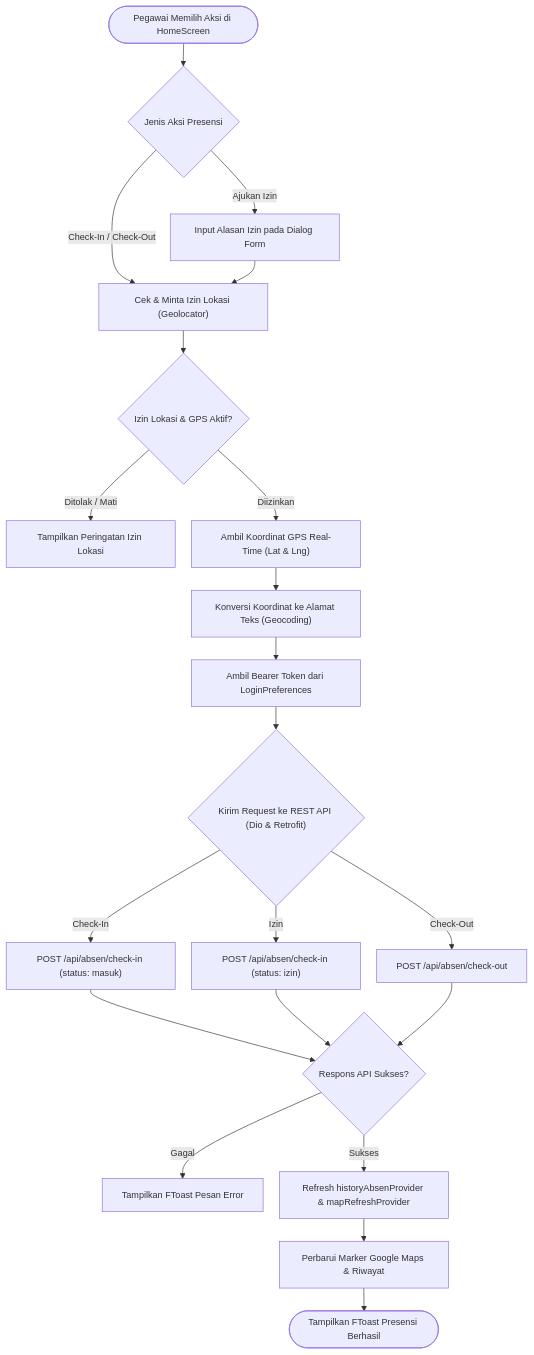
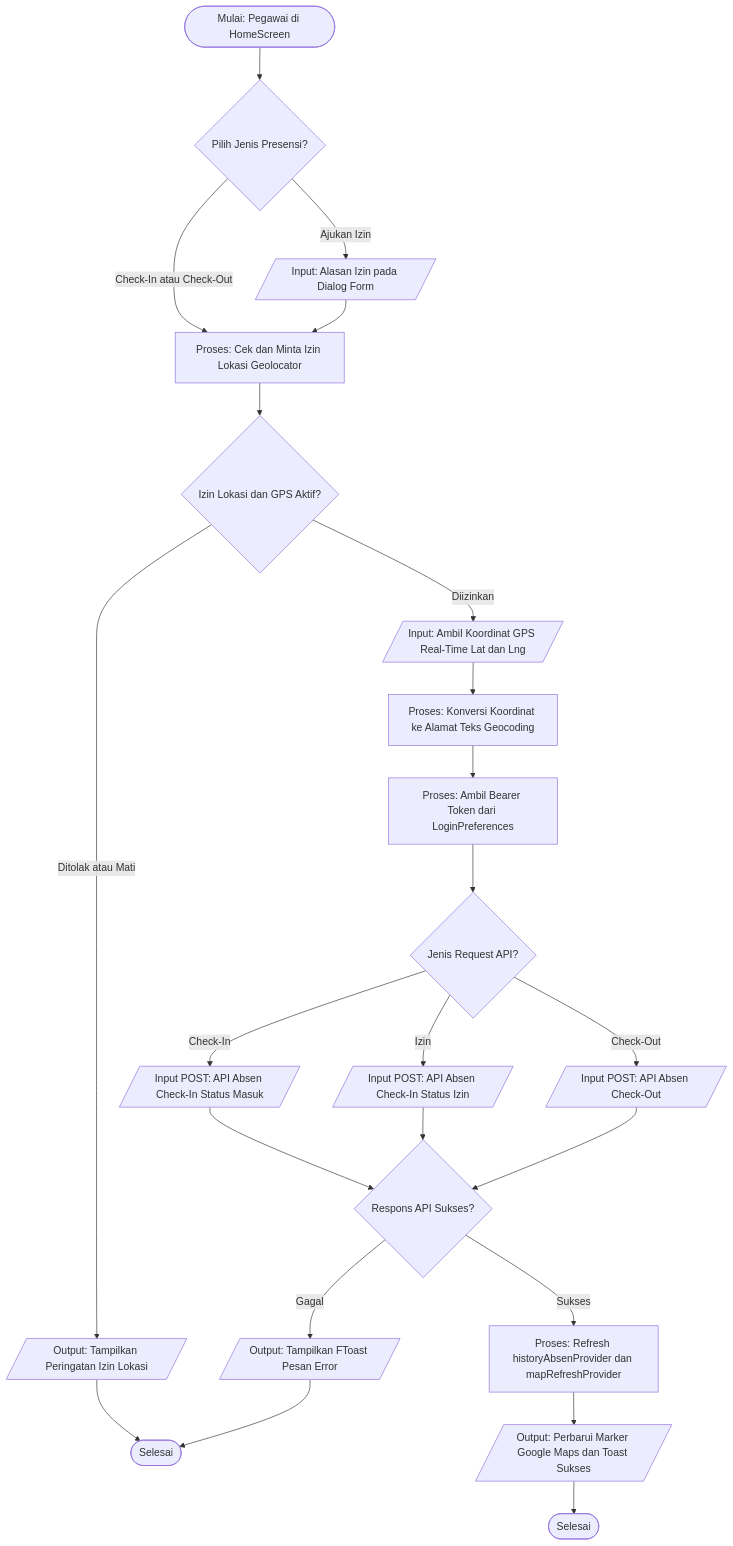
One commit to minipingu/absensi_dede changed the second of 3 diagrams in README.md. Above: the diagram before and after it, drawn with Mermaid. The commit also changed other lines of this file, not shown here.

Commit message:
md input

````diff
--- a/README.md
+++ b/README.md
@@ -114,32 +117,31 @@
 ```mermaid
-%%{init: {'flowchart': {'useMaxWidth': false, 'nodeSpacing': 25, 'rankSpacing': 35}, 'themeVariables': {'fontSize': '14px'}}}%%
 flowchart TD
-    classDef default font-size:14px;
+    UserAction([Mulai: Pegawai di HomeScreen]) --> ActionType{Pilih Jenis Presensi?}
 
-    UserAction(["Pegawai Memilih Aksi di HomeScreen"]) --> ActionType{"Jenis Aksi Presensi"}
-
-    ActionType -- "Check-In / Check-Out" --> CheckPerm["Cek & Minta Izin Lokasi (Geolocator)"]
-    ActionType -- "Ajukan Izin" --> InputAlasan["Input Alasan Izin pada Dialog Form"]
+    ActionType -->|Check-In atau Check-Out| CheckPerm[Proses: Cek dan Minta Izin Lokasi Geolocator]
+    ActionType -->|Ajukan Izin| InputAlasan[/Input: Alasan Izin pada Dialog Form/]
     InputAlasan --> CheckPerm
 
-    CheckPerm --> PermStatus{"Izin Lokasi & GPS Aktif?"}
-    PermStatus -- "Ditolak / Mati" --> ShowError["Tampilkan Peringatan Izin Lokasi"]
-    PermStatus -- "Diizinkan" --> GetCoord["Ambil Koordinat GPS Real-Time (Lat & Lng)"]
+    CheckPerm --> PermStatus{Izin Lokasi dan GPS Aktif?}
+    PermStatus -->|Ditolak atau Mati| ShowError[/Output: Tampilkan Peringatan Izin Lokasi/]
+    ShowError --> EndFail([Selesai])
+    PermStatus -->|Diizinkan| GetCoord[/Input: Ambil Koordinat GPS Real-Time Lat dan Lng/]
 
-    GetCoord --> ReverseGeo["Konversi Koordinat ke Alamat Teks (Geocoding)"]
-    ReverseGeo --> GetToken["Ambil Bearer Token dari LoginPreferences"]
-    GetToken --> SendAPI{"Kirim Request ke REST API (Dio & Retrofit)"}
+    GetCoord --> ReverseGeo[Proses: Konversi Koordinat ke Alamat Teks Geocoding]
+    ReverseGeo --> GetToken[Proses: Ambil Bearer Token dari LoginPreferences]
+    GetToken --> SendAPI{Jenis Request API?}
 
-    SendAPI -- "Check-In" --> PostCheckIn["POST /api/absen/check-in (status: masuk)"]
-    SendAPI -- "Izin" --> PostIzin["POST /api/absen/check-in (status: izin)"]
-    SendAPI -- "Check-Out" --> PostCheckOut["POST /api/absen/check-out"]
+    SendAPI -->|Check-In| PostCheckIn[/Input POST: API Absen Check-In Status Masuk/]
+    SendAPI -->|Izin| PostIzin[/Input POST: API Absen Check-In Status Izin/]
+    SendAPI -->|Check-Out| PostCheckOut[/Input POST: API Absen Check-Out/]
 
-    PostCheckIn --> ApiResult{"Respons API Sukses?"}
+    PostCheckIn --> ApiResult{Respons API Sukses?}
     PostIzin --> ApiResult
     PostCheckOut --> ApiResult
 
-    ApiResult -- "Gagal" --> ToastFail["Tampilkan FToast Pesan Error"]
-    ApiResult -- "Sukses" --> RefreshState["Refresh historyAbsenProvider & mapRefreshProvider"]
-    RefreshState --> UpdateUI["Perbarui Marker Google Maps & Riwayat"]
-    UpdateUI --> ToastSuccess(["Tampilkan FToast Presensi Berhasil"])
+    ApiResult -->|Gagal| ToastFail[/Output: Tampilkan FToast Pesan Error/]
+    ToastFail --> EndFail
+    ApiResult -->|Sukses| RefreshState[Proses: Refresh historyAbsenProvider dan mapRefreshProvider]
+    RefreshState --> UpdateUI[/Output: Perbarui Marker Google Maps dan Toast Sukses/]
+    UpdateUI --> ToastSuccess([Selesai])
 ```
````
